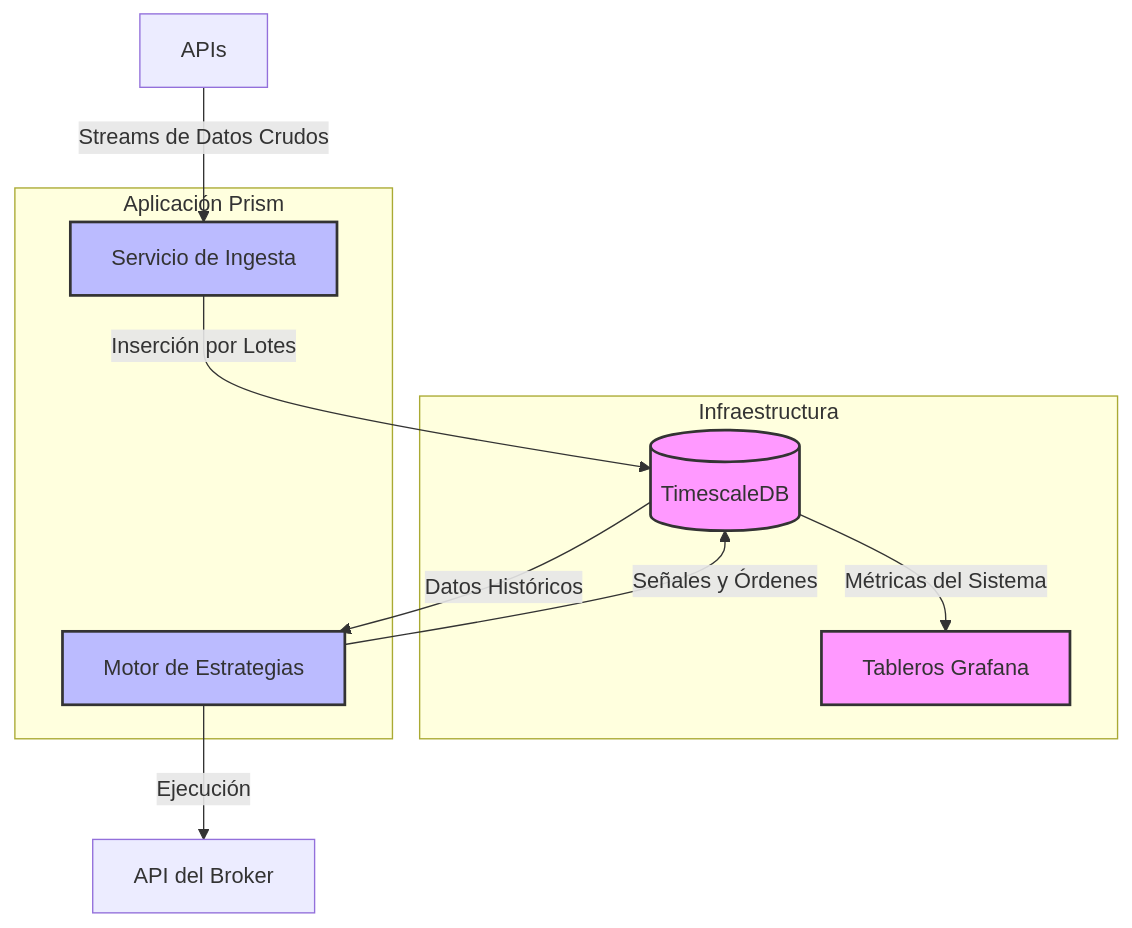
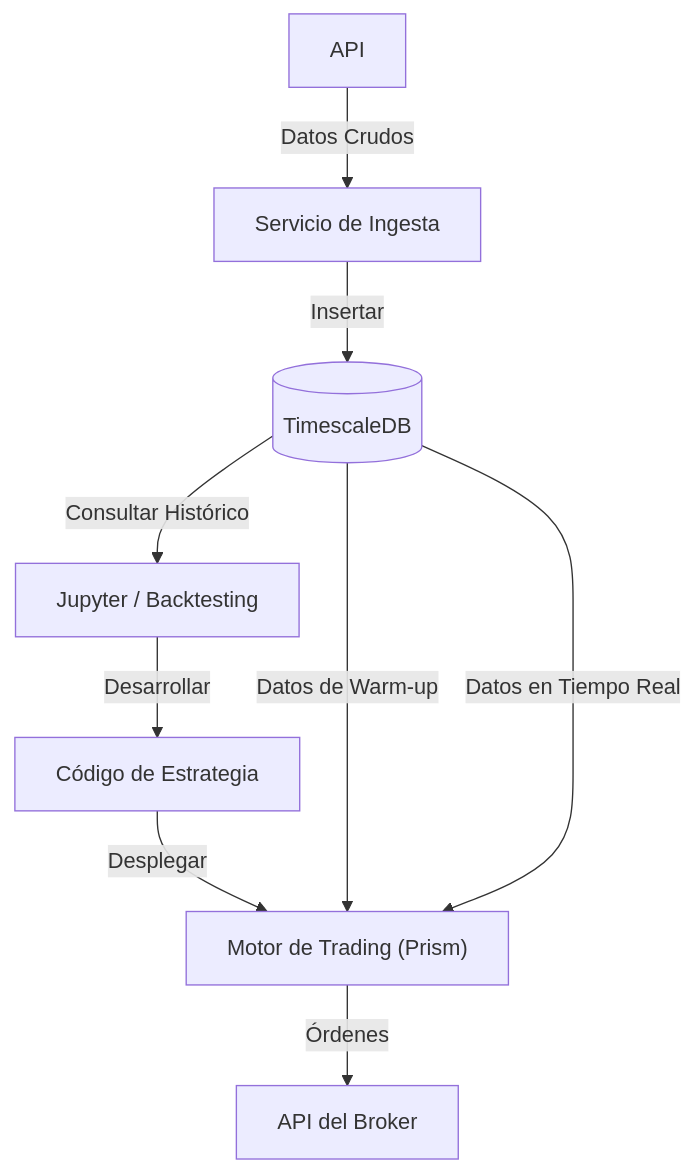
Before and after one commit to ivangalindoangulo/spectrum: the diagram in README.md, drawn with Mermaid. The commit also changed other lines of this file, not shown here.

Commit message:
update diagrama

````diff
--- a/README.md
+++ b/README.md
@@ -24,24 +17,20 @@
 ```mermaid
 graph TD
-    classDef infra fill:#f9f,stroke:#333,stroke-width:2px;
-    classDef app fill:#bbf,stroke:#333,stroke-width:2px;
-
-    subgraph Infra ["Infraestructura"]
-        TimescaleDB[("TimescaleDB")]:::infra
-        Grafana["Tableros Grafana"]:::infra
-    end
-
-    subgraph App ["Aplicación Prism"]
-        Ingester["Servicio de Ingesta"]:::app
-        Engine["Motor de Estrategias"]:::app
-    end
-
-    API["APIs"] -->|Streams de Datos Crudos| Ingester
-    Ingester -->|Inserción por Lotes| TimescaleDB
+    %% External Data Source
+    API_NODE["API"] -->|Datos Crudos| Ingester["Servicio de Ingesta"]
     
-    TimescaleDB -->|Datos Históricos| Engine
-    TimescaleDB -->|Métricas del Sistema| Grafana
+    %% Storage Layer
+    Ingester -->|Insertar| TimescaleDB[("TimescaleDB")]
     
-    Engine -->|Señales y Órdenes| TimescaleDB
-    Engine -->|Ejecución| Broker["API del Broker"]
+    %% Research Flow
+    TimescaleDB -->|Consultar Histórico| Notebooks["Jupyter / Backtesting"]
+    Notebooks -->|Desarrollar| StrategyCode["Código de Estrategia"]
+    
+    %% Production Flow
+    StrategyCode -->|Desplegar| LiveEngine["Motor de Trading (Prism)"]
+    TimescaleDB -->|Datos de Warm-up| LiveEngine
+    TimescaleDB -->|Datos en Tiempo Real| LiveEngine
+    
+    %% Execution
+    LiveEngine -->|Órdenes| Broker["API del Broker"]
 ```
````
